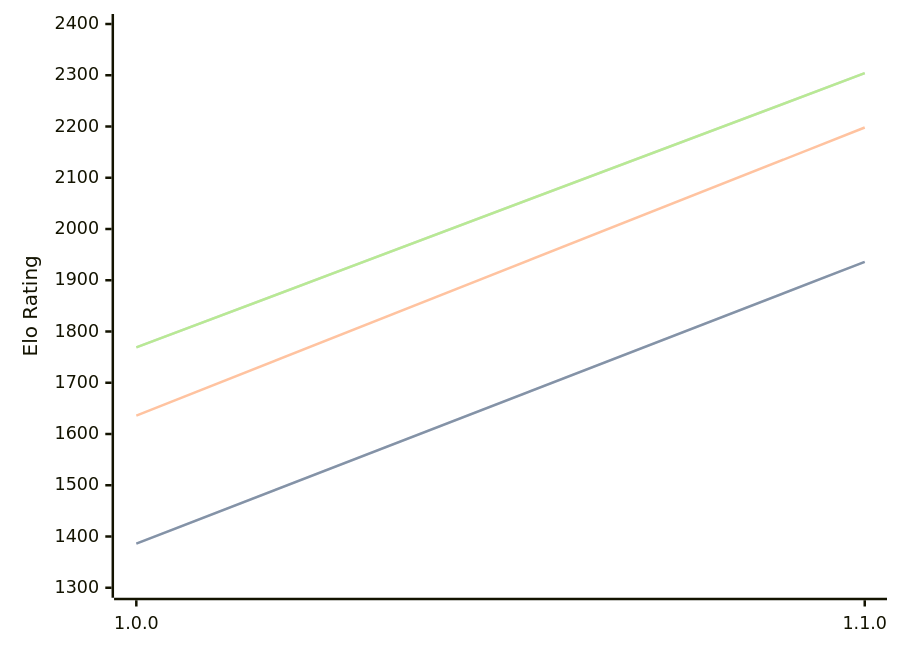
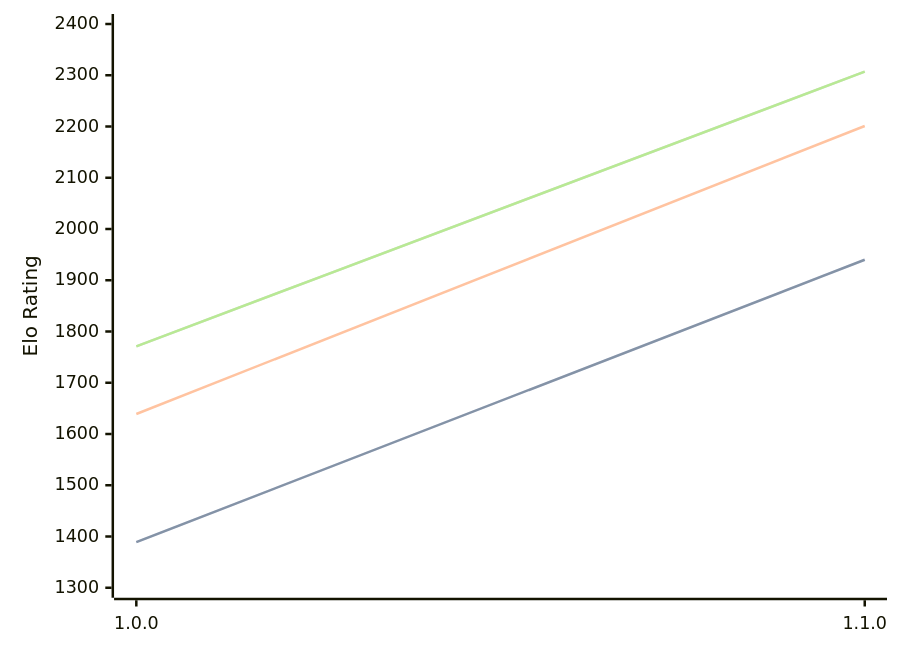
Before and after one commit to computer-chess-index/cci: the diagram in engines/Akerbeltz.md, drawn with Mermaid. The commit also changed other lines of this file, not shown here.

Commit message:
Update CCI Ratings (ELO VLTC) - 2026-09-24

````diff
--- a/engines/Akerbeltz.md
+++ b/engines/Akerbeltz.md
@@ -32,11 +32,11 @@
 ```mermaid
 %%{init: {"theme":"base","themeVariables":{"seriesColors:['#a3a3a3','#222221','#faa371']}}}%%
 xychart-beta
   x-axis ["1.0.0", "1.1.0"]
   y-axis "Elo Rating" 1300 --> 2400
-  line "" [1386, 1936]
-  line "STC (8.0+0.08s)" [1386, 1936]
-  line "LTC (60.0+0.60s)" [1636, 2198]
-  line "" [1769, 2304]
-  line "VLTC (2m24s+1.12s)" [1769, 2304]
+  line "" [1389, 1940]
+  line "STC (8.0+0.08s)" [1389, 1940]
+  line "LTC (60.0+0.60s)" [1639, 2201]
+  line "" [1771, 2307]
+  line "VLTC (2m24s+1.12s)" [1771, 2307]
 ```
````
